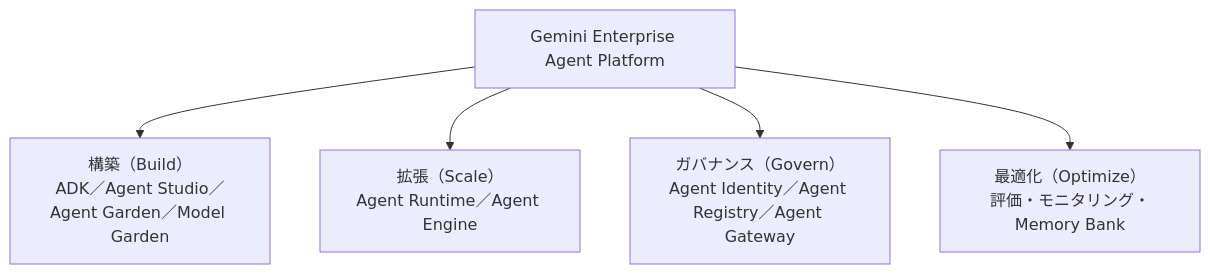
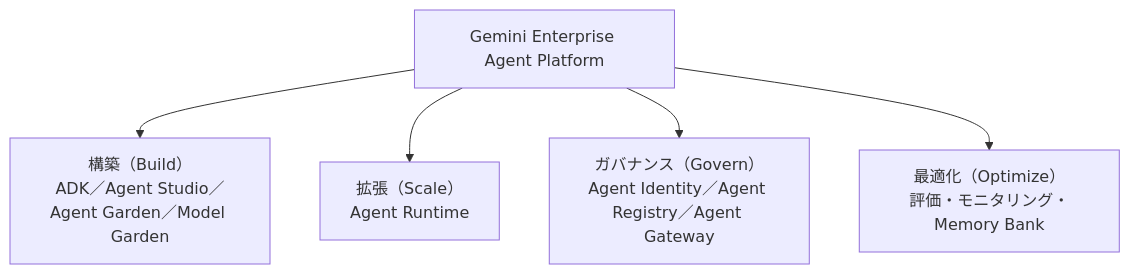
Before and after one commit to myoshi2891/Cloud-Infrastructure-Studies: diagram 14 of 17 in Gcp-pca-section2-managing-provisioning.md, drawn with Mermaid. The commit also changed other lines of this file and 1 other file, not shown here.

Commit message:
docs(study-guides): update PCA section 2 content and AGWA section 3 DLP diagram

````diff
--- a/Gcp-pca-section2-managing-provisioning.md
+++ b/Gcp-pca-section2-managing-provisioning.md
@@ -554,7 +565,7 @@
 ```mermaid
 graph TD
     Platform["Gemini Enterprise Agent Platform"] --> Build["構築（Build）<br/>ADK／Agent Studio／Agent Garden／Model Garden"]
-    Platform --> Scale["拡張（Scale）<br/>Agent Runtime／Agent Engine"]
+    Platform --> Scale["拡張（Scale）<br/>Agent Runtime"]
     Platform --> Govern["ガバナンス（Govern）<br/>Agent Identity／Agent Registry／Agent Gateway"]
     Platform --> Optimize["最適化（Optimize）<br/>評価・モニタリング・Memory Bank"]
 ```
````
